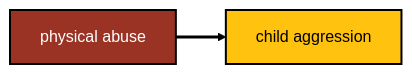
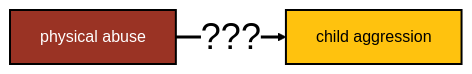
The first of 2 diagrams in normativeness-of-violence/normativeness-of-violence.qmd (agrogan1/closeread), drawn with Mermaid (neutral theme) before and after one commit. The commit also changed other lines of this file and 1 other file, not shown here.

Commit message:
bumped up font of links

````diff
--- a/normativeness-of-violence/normativeness-of-violence.qmd
+++ b/normativeness-of-violence/normativeness-of-violence.qmd
@@ -9,19 +9,19 @@
 ```{mermaid}
 
 flowchart LR
 
   classDef yellow fill:#FFC20E,stroke:#000000,stroke-width:2px,color:#000000;
   
   classDef blue fill:#374EA2,stroke:#000000,stroke-width:2px,color:#FFFFFF;
   
   classDef green fill:#00833D,stroke:#000000,stroke-width:2px,color:#FFFFFF;
   
   classDef orange fill:#D86018,stroke:#000000,stroke-width:2px,color:#FFFFFF;
   
   classDef red fill:#9A3324,stroke:#000000,stroke-width:2px,color:#FFFFFF;
   
-  abuse[physical abuse]:::red --> aggression[child aggression]:::yellow
+  abuse[physical abuse]:::red --> |"???"| aggression[child aggression]:::yellow
 
-  linkStyle 0 stroke:#000000,stroke-width:3px,color:black;
+  linkStyle 0 stroke:#000000,stroke-width:3px,font-size:36px,color:black;
 
 ```
````
